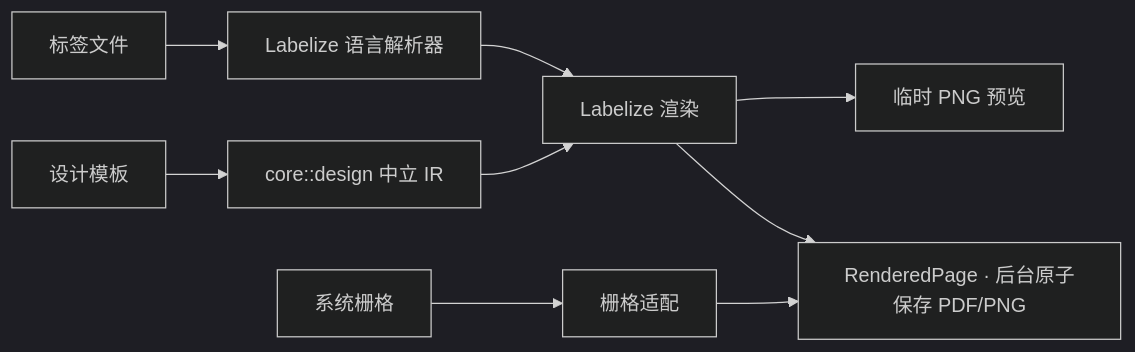
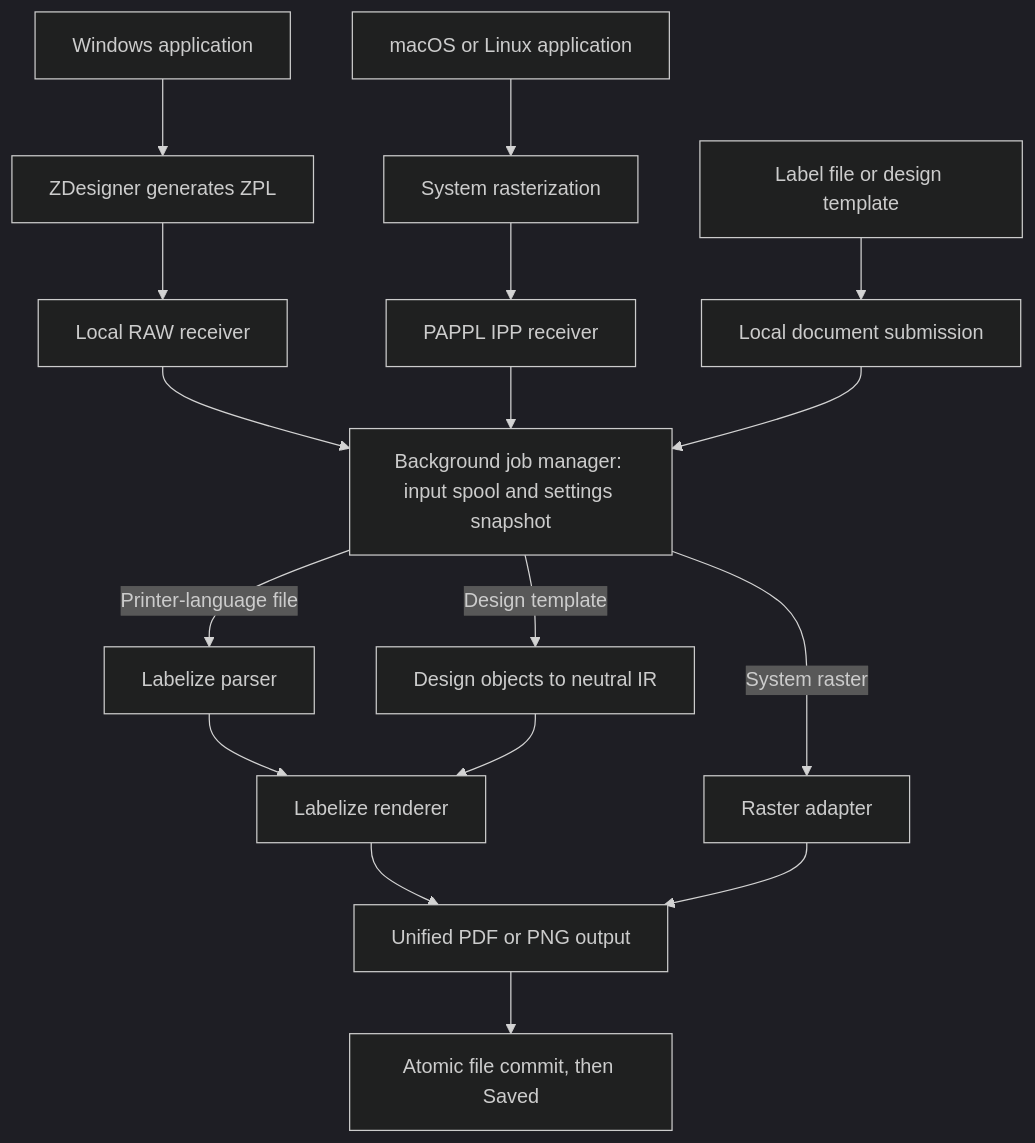
The first of 2 diagrams in ARCHITECTURE.md (GOODBOY008/labelize-printer), drawn with Mermaid (dark theme) before and after one commit. The commit also changed other lines of this file and 5 other files, not shown here.

````diff
--- a/ARCHITECTURE.md
+++ b/ARCHITECTURE.md
@@ -111,11 +9,19 @@
 ```mermaid
-flowchart LR
-  F[标签文件] --> P[Labelize 语言解析器]
-  D[设计模板] --> IR[core::design 中立 IR]
-  P --> R[Labelize 渲染]
-  IR --> R
-  R --> V[临时 PNG 预览]
-  R --> O[RenderedPage · 后台原子保存 PDF/PNG]
-  S[系统栅格] --> A[栅格适配]
-  A --> O
+flowchart TD
+  W[Windows application] --> Z[ZDesigner generates ZPL]
+  Z --> RAW[Local RAW receiver]
+  M[macOS or Linux application] --> OS[System rasterization]
+  OS --> IPP[PAPPL IPP receiver]
+  F[Label file or design template] --> IPC[Local document submission]
+  RAW --> J[Background job manager: input spool and settings snapshot]
+  IPP --> J
+  IPC --> J
+  J -->|Printer-language file| P[Labelize parser]
+  J -->|Design template| D[Design objects to neutral IR]
+  P --> L[Labelize renderer]
+  D --> L
+  J -->|System raster| R[Raster adapter]
+  L --> O[Unified PDF or PNG output]
+  R --> O
+  O --> SAVE[Atomic file commit, then Saved]
 ```
````
